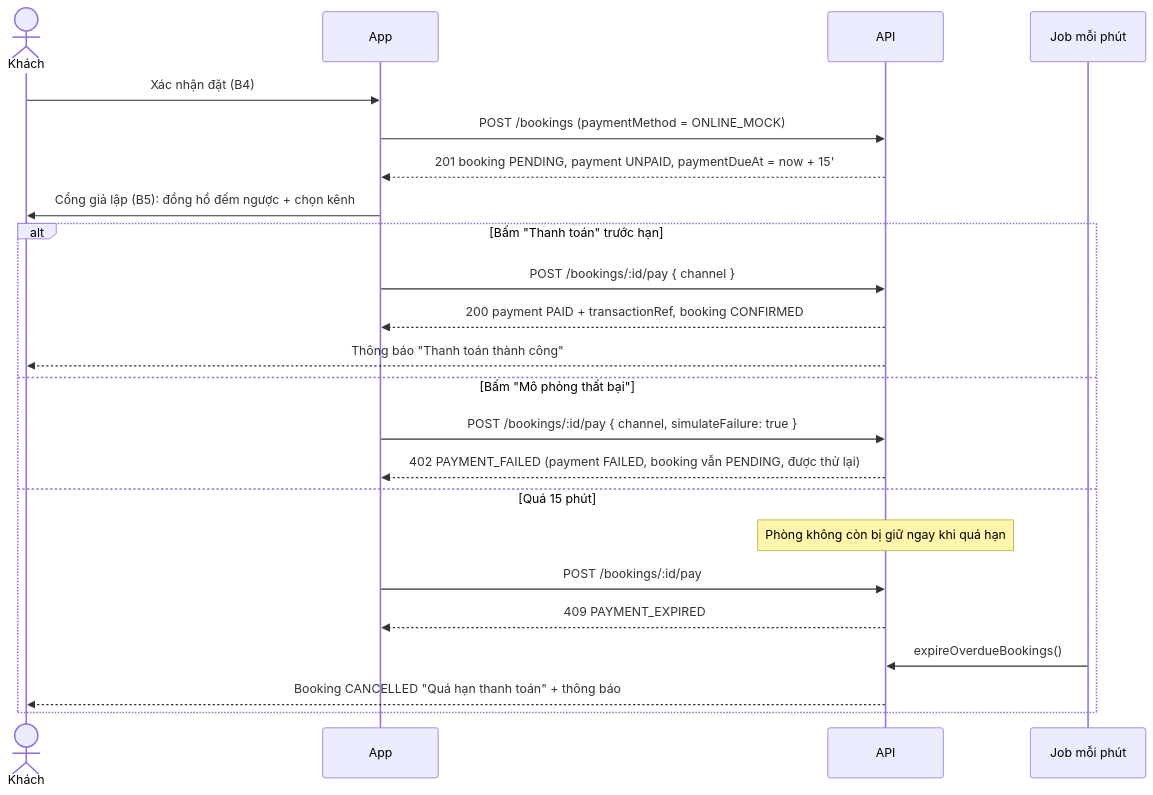
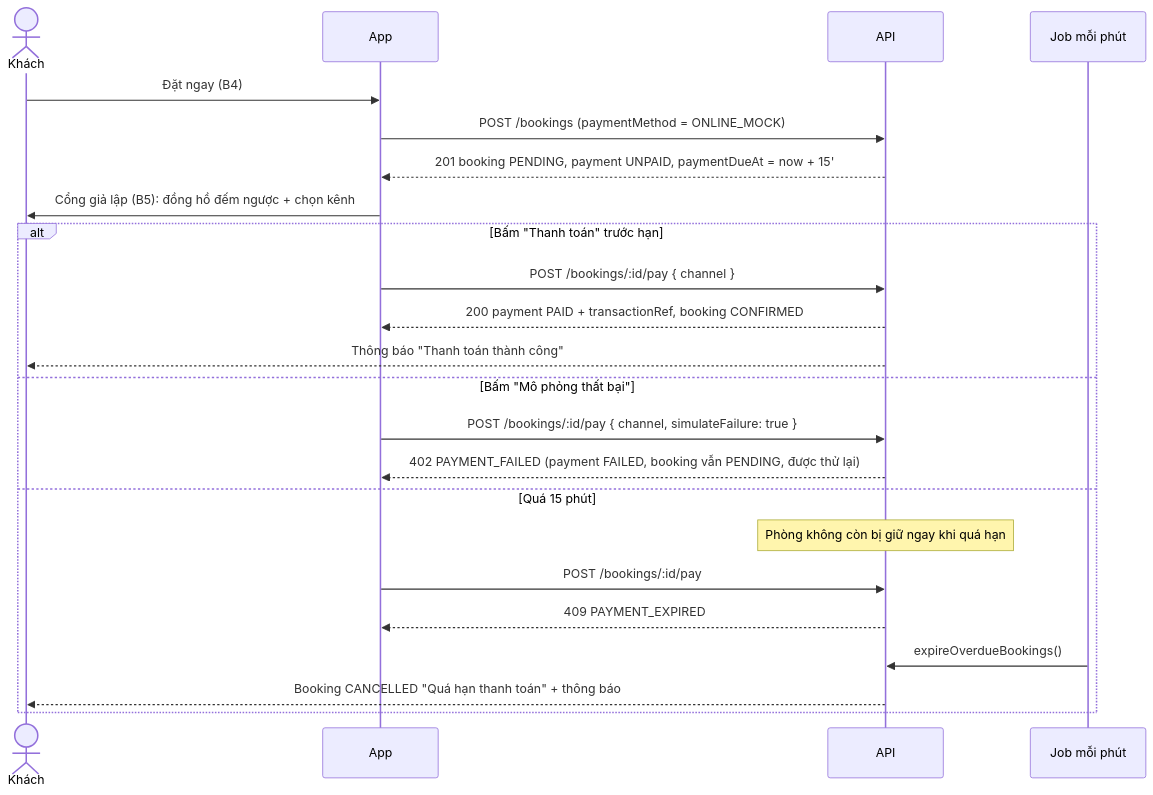
The first of 2 diagrams in docs/01-dac-ta/thanh-toan-gia-lap.md (DangKhoa902/Mobile-Project-Travelling-App), drawn with Mermaid before and after one commit. The commit also changed 17 other files, not shown here.

First line of the commit message:
fix: sửa giao diện Android và căn giữa nút Đặt ngay

````diff
--- a/docs/01-dac-ta/thanh-toan-gia-lap.md
+++ b/docs/01-dac-ta/thanh-toan-gia-lap.md
@@ -26,25 +26,25 @@
 ```mermaid
 sequenceDiagram
     actor Khach as Khách
     participant App
     participant API
     participant Job as Job mỗi phút
-    Khach->>App: Xác nhận đặt (B4)
+    Khach->>App: Đặt ngay (B4)
     App->>API: POST /bookings (paymentMethod = ONLINE_MOCK)
     API-->>App: 201 booking PENDING, payment UNPAID, paymentDueAt = now + 15'
     App->>Khach: Cổng giả lập (B5): đồng hồ đếm ngược + chọn kênh
     alt Bấm "Thanh toán" trước hạn
         App->>API: POST /bookings/:id/pay { channel }
         API-->>App: 200 payment PAID + transactionRef, booking CONFIRMED
         API-->>Khach: Thông báo "Thanh toán thành công"
     else Bấm "Mô phỏng thất bại"
         App->>API: POST /bookings/:id/pay { channel, simulateFailure: true }
         API-->>App: 402 PAYMENT_FAILED (payment FAILED, booking vẫn PENDING, được thử lại)
     else Quá 15 phút
         Note over API: Phòng không còn bị giữ ngay khi quá hạn
         App->>API: POST /bookings/:id/pay
         API-->>App: 409 PAYMENT_EXPIRED
         Job->>API: expireOverdueBookings()
         API-->>Khach: Booking CANCELLED "Quá hạn thanh toán" + thông báo
     end
 ```
````
